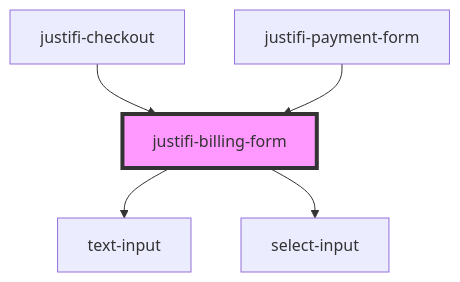
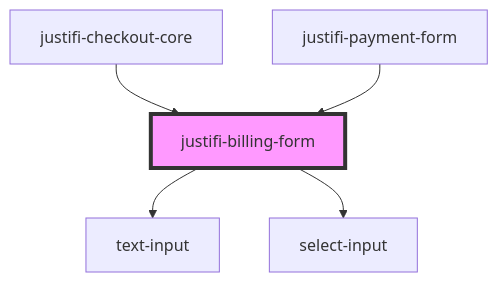
One commit to justifi-tech/web-component-library changed the diagram in packages/webcomponents/src/components/billing-form/readme.md. Above: the diagram before and after it, drawn with Mermaid. The commit also changed other lines of this file and 6 other files, not shown here.

````diff
--- a/packages/webcomponents/src/components/billing-form/readme.md
+++ b/packages/webcomponents/src/components/billing-form/readme.md
@@ -67,8 +67,8 @@
 ```mermaid
 graph TD;
   justifi-billing-form --> text-input
   justifi-billing-form --> select-input
-  justifi-checkout --> justifi-billing-form
+  justifi-checkout-core --> justifi-billing-form
   justifi-payment-form --> justifi-billing-form
   style justifi-billing-form fill:#f9f,stroke:#333,stroke-width:4px
 ```
````
